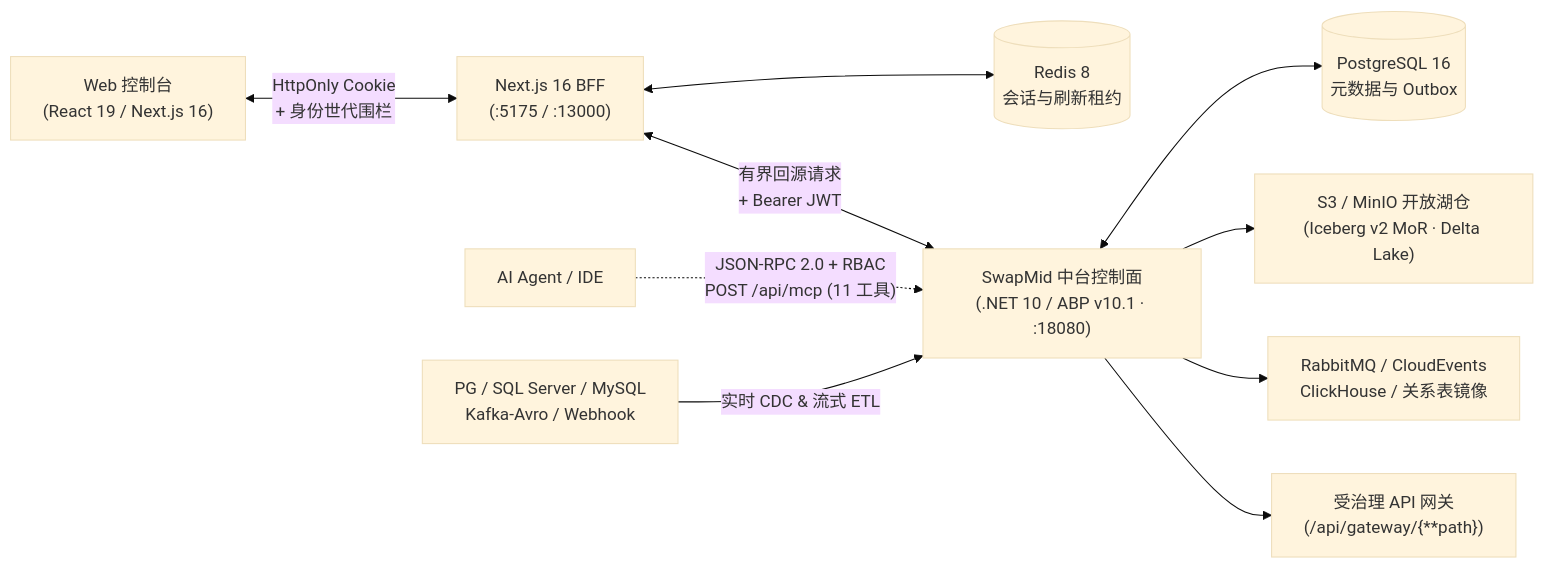
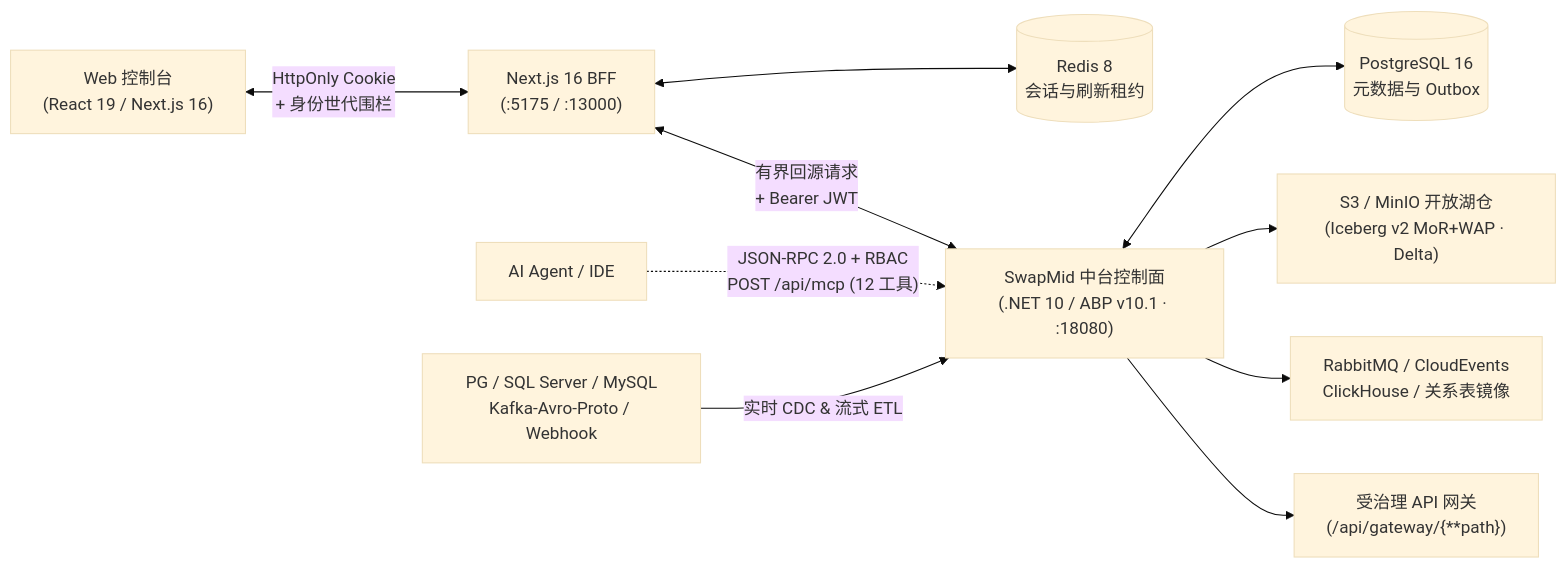
One commit to q871958549/SwapMid changed the diagram in README.zh-CN.md. Above: the diagram before and after it, drawn with Mermaid (base theme). The commit also changed other lines of this file and 51 other files, not shown here.

Commit message:
feat(lakehouse,cdc,gitops): ship v2.7.0 Iceberg v2 WAP tags & expireSnapshots GC, Protobuf Schema Registry, GitOps PR drift Action & MCP Tool 12

````diff
--- a/README.zh-CN.md
+++ b/README.zh-CN.md
@@ -31,12 +31,12 @@
 ```mermaid
 flowchart LR
   Browser["Web 控制台\n(React 19 / Next.js 16)"] <-->|"HttpOnly Cookie\n+ 身份世代围栏"| BFF["Next.js 16 BFF\n(:5175 / :13000)"]
   BFF <--> Redis[("Redis 8\n会话与刷新租约")]
   BFF <-->|"有界回源请求\n+ Bearer JWT"| Core["SwapMid 中台控制面\n(.NET 10 / ABP v10.1 · :18080)"]
-  AI["AI Agent / IDE"] -.->|"JSON-RPC 2.0 + RBAC\nPOST /api/mcp (11 工具)"| Core
+  AI["AI Agent / IDE"] -.->|"JSON-RPC 2.0 + RBAC\nPOST /api/mcp (12 工具)"| Core
   Core <--> PG[("PostgreSQL 16\n元数据与 Outbox")]
-  Sources["PG / SQL Server / MySQL\nKafka-Avro / Webhook"] -->|"实时 CDC & 流式 ETL"| Core
-  Core --> Lake["S3 / MinIO 开放湖仓\n(Iceberg v2 MoR · Delta Lake)"]
+  Sources["PG / SQL Server / MySQL\nKafka-Avro-Proto / Webhook"] -->|"实时 CDC & 流式 ETL"| Core
+  Core --> Lake["S3 / MinIO 开放湖仓\n(Iceberg v2 MoR+WAP · Delta)"]
   Core --> Bus["RabbitMQ / CloudEvents\nClickHouse / 关系表镜像"]
   Core --> Upstreams["受治理 API 网关\n(/api/gateway/{**path})"]
 ```
````
